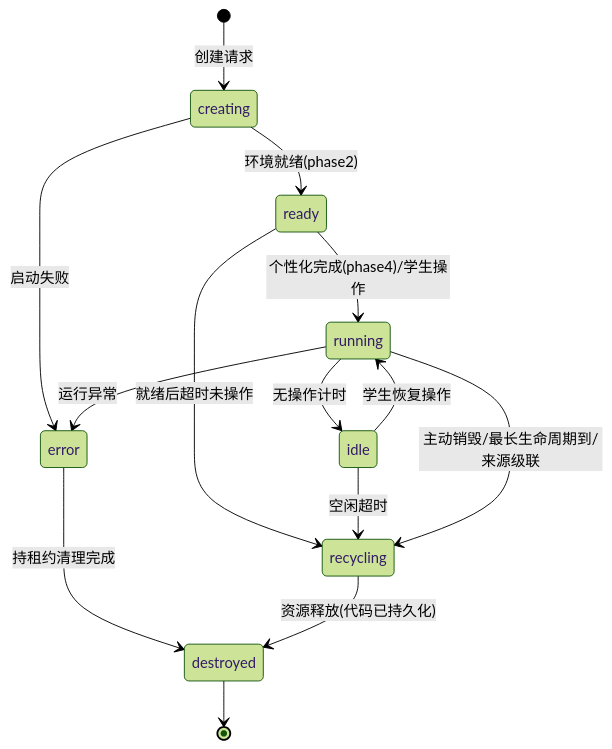
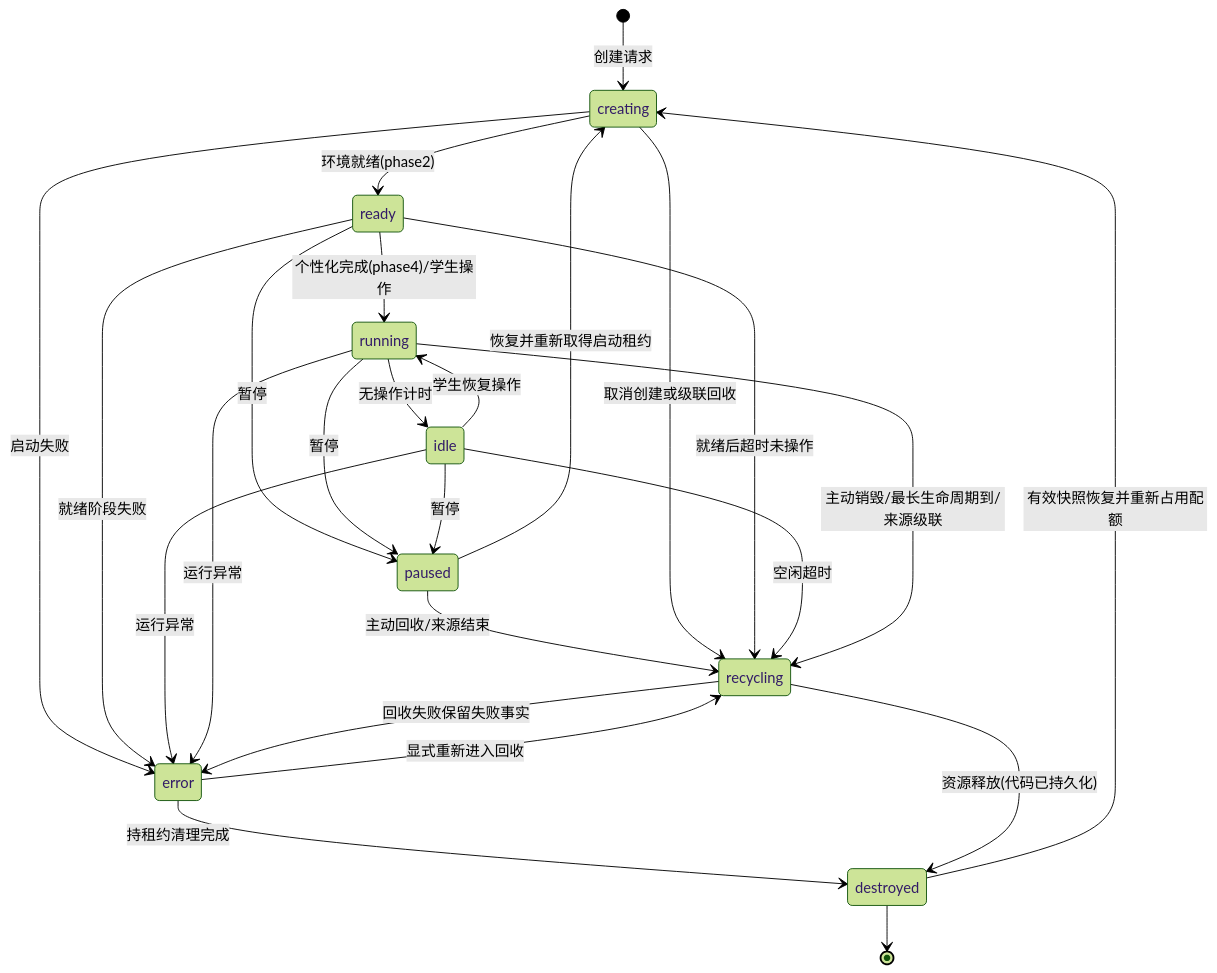
One commit to menghuishisan/CHAIMIR changed the second of 7 diagrams in docs/02-沙箱引擎/05-业务流程与状态机.md. Above: the diagram before and after it, drawn with Mermaid (forest theme). The commit also changed other lines of this file and 340 other files, not shown here.

````diff
--- a/docs/02-沙箱引擎/05-业务流程与状态机.md
+++ b/docs/02-沙箱引擎/05-业务流程与状态机.md
@@ -50,16 +51,27 @@
 ```mermaid
 stateDiagram-v2
     [*] --> creating: 创建请求
     creating --> ready: 环境就绪(phase2)
     ready --> running: 个性化完成(phase4)/学生操作
+    ready --> paused: 暂停
+    running --> paused: 暂停
+    idle --> paused: 暂停
+    paused --> creating: 恢复并重新取得启动租约
+    destroyed --> creating: 有效快照恢复并重新占用配额
+    paused --> recycling: 主动回收/来源结束
+    creating --> recycling: 取消创建或级联回收
     ready --> recycling: 就绪后超时未操作
     running --> idle: 无操作计时
     idle --> running: 学生恢复操作
     idle --> recycling: 空闲超时
     running --> recycling: 主动销毁/最长生命周期到/来源级联
     creating --> error: 启动失败
+    ready --> error: 就绪阶段失败
+    idle --> error: 运行异常
     running --> error: 运行异常
+    error --> recycling: 显式重新进入回收
+    recycling --> error: 回收失败保留失败事实
     error --> destroyed: 持租约清理完成
     recycling --> destroyed: 资源释放(代码已持久化)
     destroyed --> [*]
 ```
````
